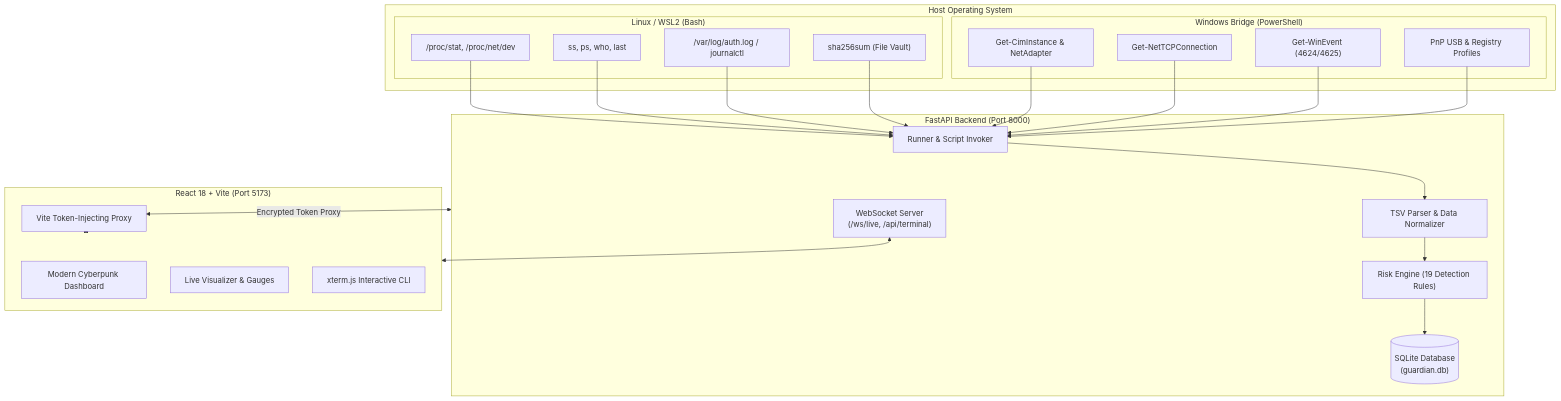
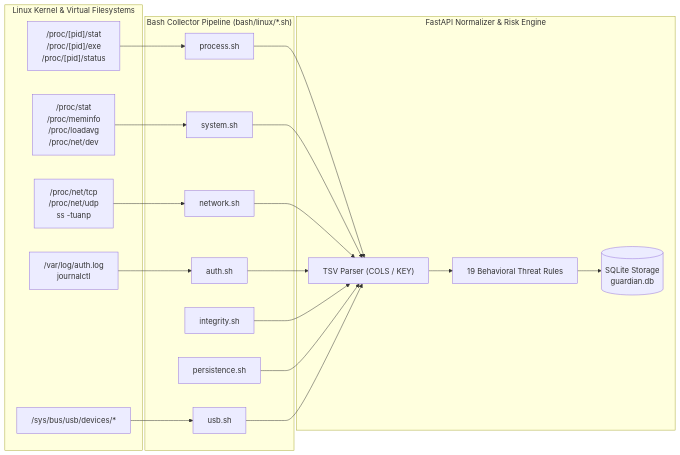
The diagram in README.md (abid-222/Gurdian), drawn with Mermaid before and after one commit. The commit also changed other lines of this file and 3 other files, not shown here.

Commit message:
docs(readme): add cyber banner, complete linux bash collector specifications, fix vite fast-refresh, and enforce lf endings via gitattributes

````diff
--- a/README.md
+++ b/README.md
@@ -56,39 +78,33 @@
 ```mermaid
-flowchart TD
-    subgraph Host["Host Operating System"]
-        subgraph LinuxCollectors["Linux / WSL2 (Bash)"]
-            L1["/proc/stat, /proc/net/dev"]
-            L2["ss, ps, who, last"]
-            L3["/var/log/auth.log / journalctl"]
-            L4["sha256sum (File Vault)"]
-        end
-
-        subgraph WindowsCollectors["Windows Bridge (PowerShell)"]
-            W1["Get-CimInstance & NetAdapter"]
-            W2["Get-NetTCPConnection"]
-            W3["Get-WinEvent (4624/4625)"]
-            W4["PnP USB & Registry Profiles"]
-        end
+flowchart LR
+    subgraph LinuxKernel["Linux Kernel & Virtual Filesystems"]
+        P1["/proc/[pid]/stat\n/proc/[pid]/exe\n/proc/[pid]/status"]
+        P2["/proc/stat\n/proc/meminfo\n/proc/loadavg\n/proc/net/dev"]
+        P3["/proc/net/tcp\n/proc/net/udp\nss -tuanp"]
+        P4["/var/log/auth.log\njournalctl"]
+        P5["/sys/bus/usb/devices/*"]
     end
 
-    subgraph Backend["FastAPI Backend (Port 8000)"]
-        Runner["Runner & Script Invoker"]
-        Parser["TSV Parser & Data Normalizer"]
-        Rules["Risk Engine (19 Detection Rules)"]
-        DB[("SQLite Database\n(guardian.db)")]
-        WS["WebSocket Server\n(/ws/live, /api/terminal)"]
+    subgraph BashEngine["Bash Collector Pipeline (bash/linux/*.sh)"]
+        B1["process.sh"]
+        B2["system.sh"]
+        B3["network.sh"]
+        B4["auth.sh"]
+        B5["integrity.sh"]
+        B6["persistence.sh"]
+        B7["usb.sh"]
     end
 
-    subgraph Frontend["React 18 + Vite (Port 5173)"]
-        UI["Modern Cyberpunk Dashboard"]
-        Radar["Live Visualizer & Gauges"]
-        TerminalUI["xterm.js Interactive CLI"]
-        Proxy["Vite Token-Injecting Proxy"]
+    subgraph BackendEngine["FastAPI Normalizer & Risk Engine"]
+        Parser["TSV Parser (COLS / KEY)"]
+        Rules["19 Behavioral Threat Rules"]
+        DB[("SQLite Storage\nguardian.db")]
     end
 
-    L1 & L2 & L3 & L4 --> Runner
-    W1 & W2 & W3 & W4 --> Runner
-    Runner --> Parser --> Rules --> DB
-    Backend <-->|Encrypted Token Proxy| Proxy <--> Frontend
-    WS <--> Frontend
+    P1 --> B1
+    P2 --> B2
+    P3 --> B3
+    P4 --> B4
+    P5 --> B7
+    B1 & B2 & B3 & B4 & B5 & B6 & B7 --> Parser --> Rules --> DB
 ```
````
